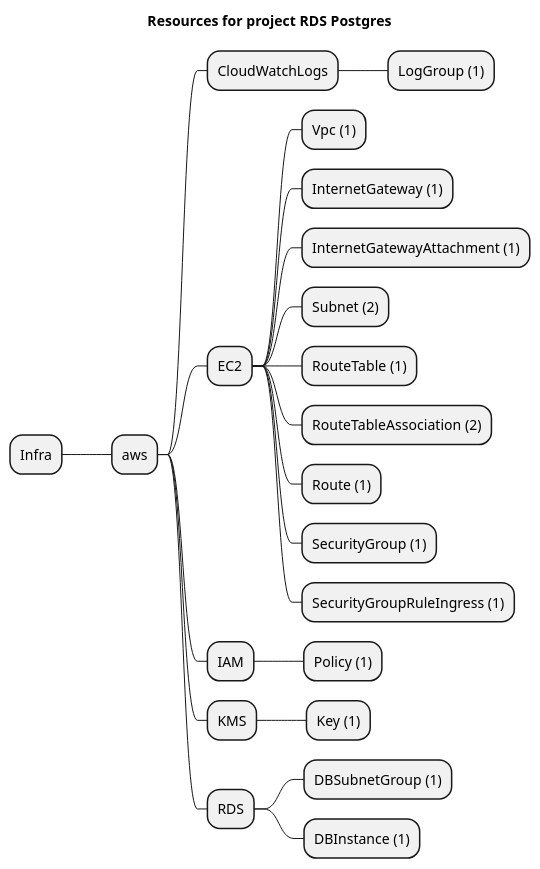
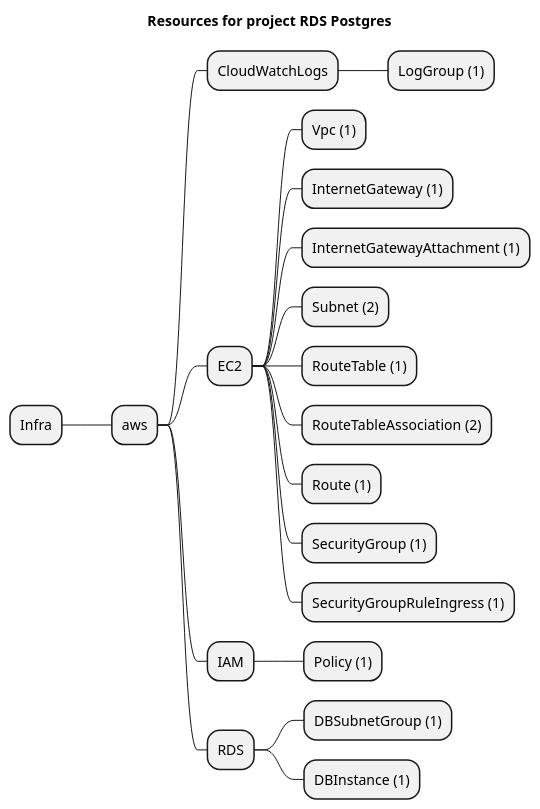
Before and after one commit to grucloud/grucloud: the diagram in examples/aws/RDS/postgres/artifacts/resources-mindmap.puml, drawn with PlantUML. The commit also changed 25 other files, not shown here.

Commit message:
cloudwatch loggroup depends on kms key, add policy to kms key

```diff
--- a/examples/aws/RDS/postgres/artifacts/resources-mindmap.puml
+++ b/examples/aws/RDS/postgres/artifacts/resources-mindmap.puml
@@ -1,25 +1,23 @@
 @startmindmap
 title Resources for project RDS Postgres
 skinparam monochrome true
 + Infra
 ++ aws
 +++ CloudWatchLogs
 ++++ LogGroup (1)
 +++ EC2
 ++++ Vpc (1)
 ++++ InternetGateway (1)
 ++++ InternetGatewayAttachment (1)
 ++++ Subnet (2)
 ++++ RouteTable (1)
 ++++ RouteTableAssociation (2)
 ++++ Route (1)
 ++++ SecurityGroup (1)
 ++++ SecurityGroupRuleIngress (1)
 +++ IAM
 ++++ Policy (1)
-+++ KMS
-++++ Key (1)
 +++ RDS
 ++++ DBSubnetGroup (1)
 ++++ DBInstance (1)
 @endmindmap
```
